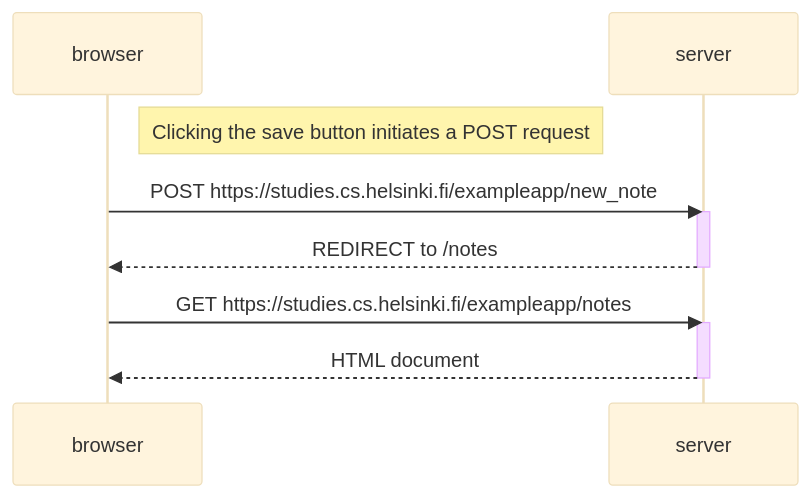
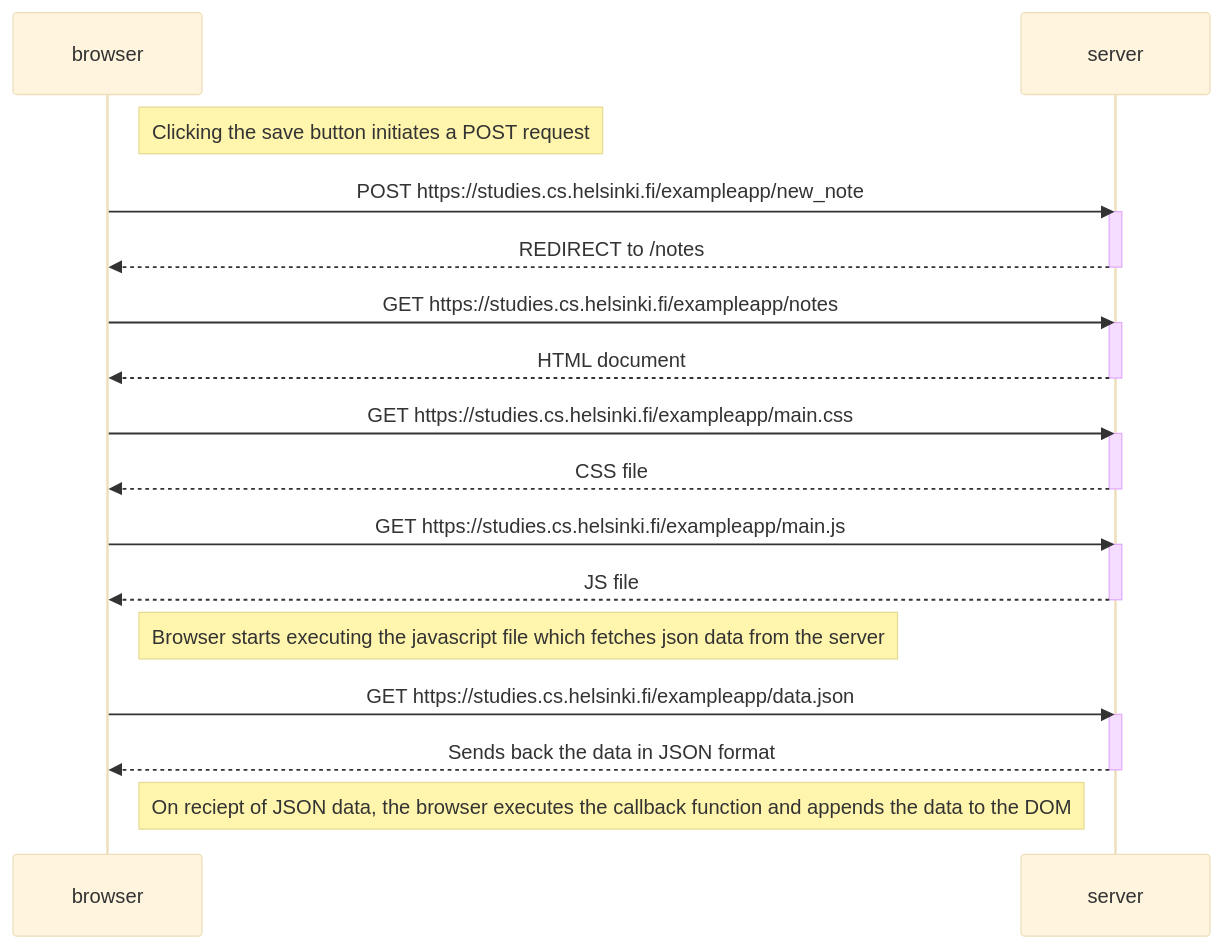
One commit to LateBloomer22/fullStackOpen changed the diagram in part0/0.4newNoteDiagram.md. Above: the diagram before and after it, drawn with Mermaid (base theme).

Commit message:
V1 of solution to this problem

````diff
--- a/part0/0.4newNoteDiagram.md
+++ b/part0/0.4newNoteDiagram.md
@@ -1,18 +1,36 @@
 ```mermaid
 sequenceDiagram
 participant browser
 participant server
 
     Note right of browser: Clicking the save button initiates a POST request
 
     browser ->> server: POST https://studies.cs.helsinki.fi/exampleapp/new_note
     activate server
     server -->> browser: REDIRECT to /notes
     deactivate server
 
     browser ->> server : GET https://studies.cs.helsinki.fi/exampleapp/notes
     activate server
     server -->> browser: HTML document
     deactivate server
 
+    browser ->> server : GET https://studies.cs.helsinki.fi/exampleapp/main.css
+    activate server
+    server -->> browser: CSS file
+    deactivate server
+
+    browser ->> server : GET https://studies.cs.helsinki.fi/exampleapp/main.js
+    activate server
+    server -->> browser: JS file
+    deactivate server
+
+    Note right of browser: Browser starts executing the javascript file which fetches json data from the server
+
+    browser ->> server : GET https://studies.cs.helsinki.fi/exampleapp/data.json
+    activate server
+    server -->> browser: Sends back the data in JSON format
+    deactivate server
+    
+    Note right of browser: On reciept of JSON data, the browser executes the callback function and appends the data to the DOM
 ```
````
